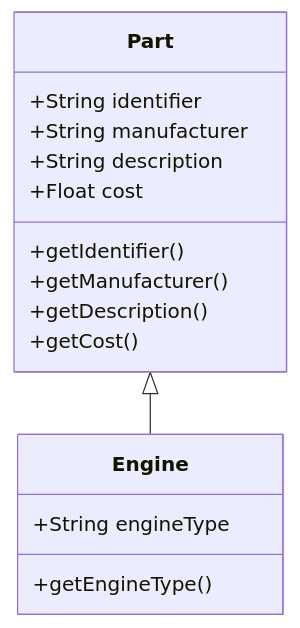
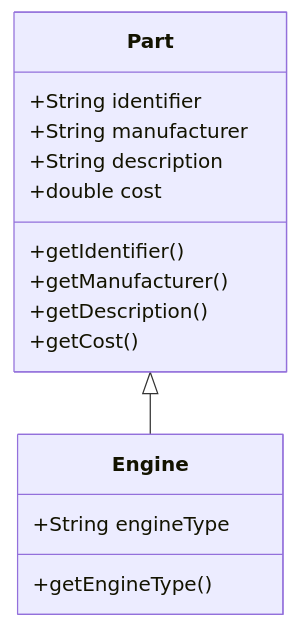
One commit to vesavvo/Object-Oriented-Programming changed the first of 3 diagrams in 3.1_Inheritance.md. Above: the diagram before and after it, drawn with Mermaid. The commit also changed other lines of this file and 3 other files, not shown here.

Commit message:
Sections 2.1,3.1,3.3,5.2 float type changed to double type

````diff
--- a/3.1_Inheritance.md
+++ b/3.1_Inheritance.md
@@ -102,18 +102,18 @@
 ```mermaid
 classDiagram
     Part <|-- Engine
 class Part {
         +String identifier
         +String manufacturer
         +String description
-        +Float cost
+        +double cost
         +getIdentifier()
         +getManufacturer()
         +getDescription()
         +getCost()
     }
 class Engine {
     +String engineType
     +getEngineType()
 }
 ```
````
